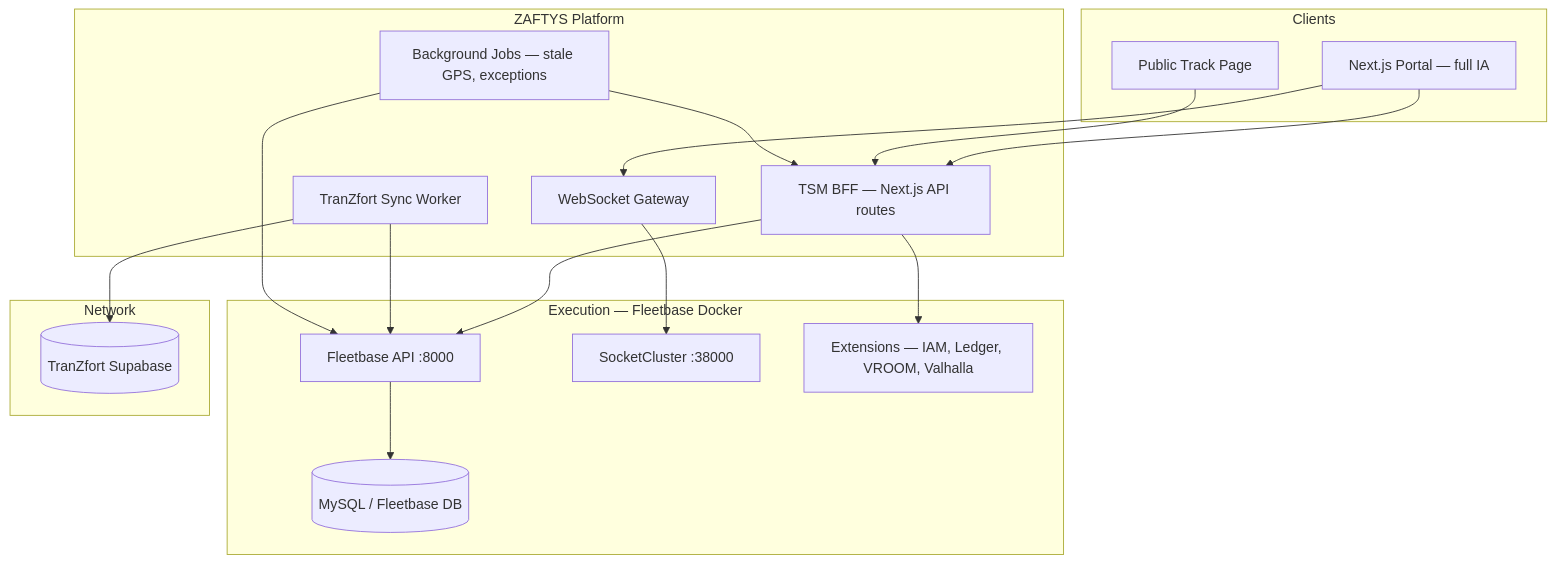
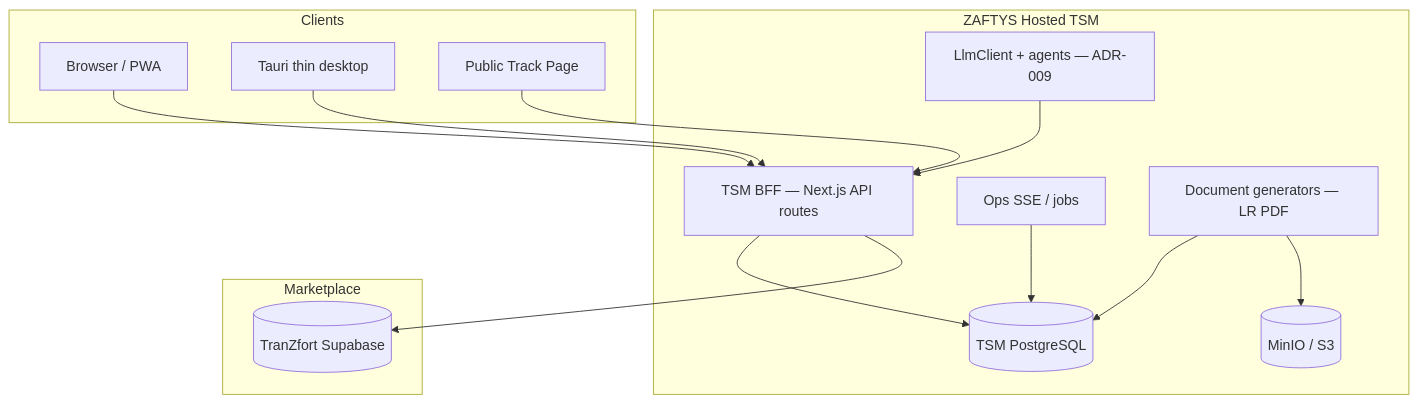
Before and after one commit to MartechEngine/zaftys: the diagram in docs/app/architecture/system-design.md, drawn with Mermaid. The commit also changed other lines of this file and 246 other files, not shown here.

First line of the commit message:
Checkpoint: marketplace pilot + architecture locks before Fleetbase drop.

````diff
--- a/docs/app/architecture/system-design.md
+++ b/docs/app/architecture/system-design.md
@@ -12,37 +13,31 @@
 ```mermaid
 flowchart TB
   subgraph clients [Clients]
-    Browser[Next.js Portal — full IA]
+    Browser[Browser / PWA]
+    Desktop[Tauri thin desktop]
     Track[Public Track Page]
   end
 
-  subgraph zaftys [ZAFTYS Platform]
+  subgraph zaftys [ZAFTYS Hosted TSM]
     BFF[TSM BFF — Next.js API routes]
-    WS[WebSocket Gateway]
-    Sync[TranZfort Sync Worker]
-    Jobs[Background Jobs — stale GPS, exceptions]
+    Ops[Ops SSE / jobs]
+    Docs[Document generators — LR PDF]
+    AI[LlmClient + agents — ADR-009]
+    PG[(TSM PostgreSQL)]
+    Minio[(MinIO / S3)]
   end
 
-  subgraph backend [Execution — Fleetbase Docker]
-    FBAPI[Fleetbase API :8000]
-    FBSC[SocketCluster :38000]
-    FBDB[(MySQL / Fleetbase DB)]
-    Ext[Extensions — IAM, Ledger, VROOM, Valhalla]
-  end
-
-  subgraph network [Network]
+  subgraph network [Marketplace]
     TZ[(TranZfort Supabase)]
   end
 
   Browser --> BFF
-  Browser --> WS
+  Desktop --> BFF
   Track --> BFF
-  BFF --> FBAPI
-  BFF --> Ext
-  WS --> FBSC
-  Sync --> TZ
-  Sync --> FBAPI
-  Jobs --> FBAPI
-  Jobs --> BFF
-  FBAPI --> FBDB
+  BFF --> PG
+  BFF --> TZ
+  Docs --> PG
+  Docs --> Minio
+  AI --> BFF
+  Ops --> PG
 ```
````
